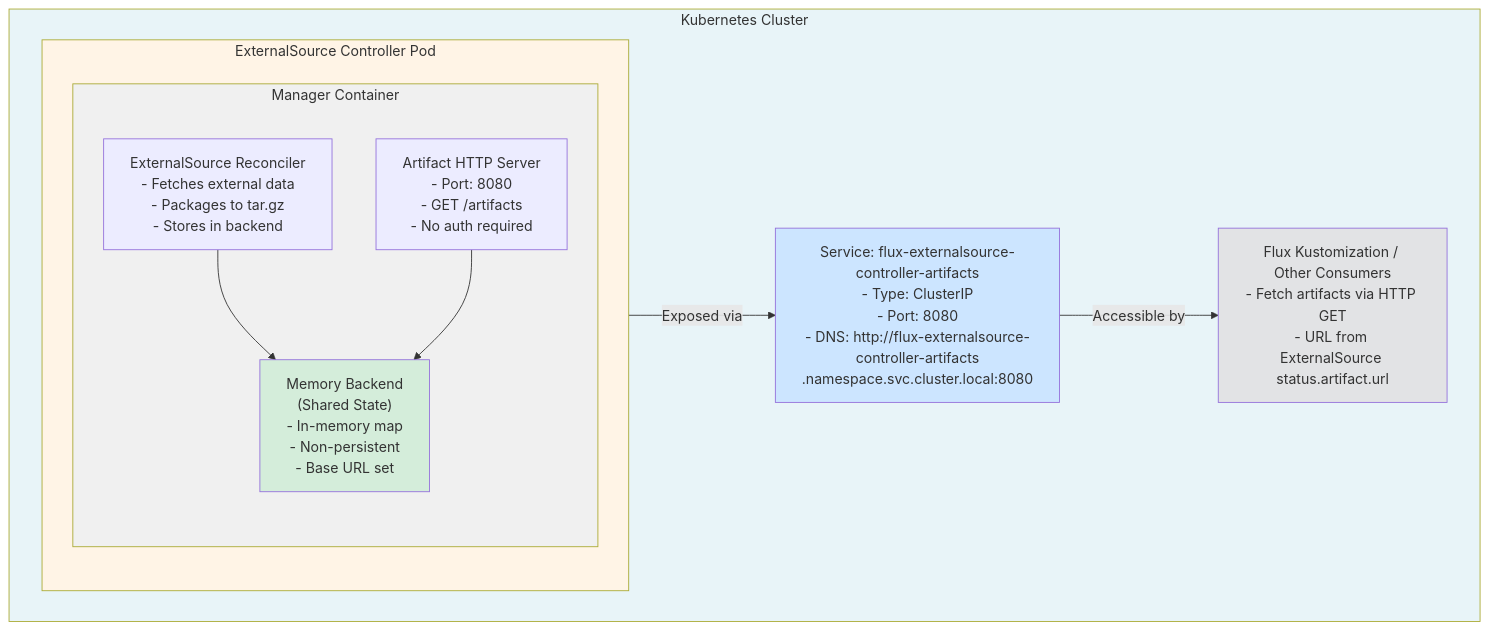
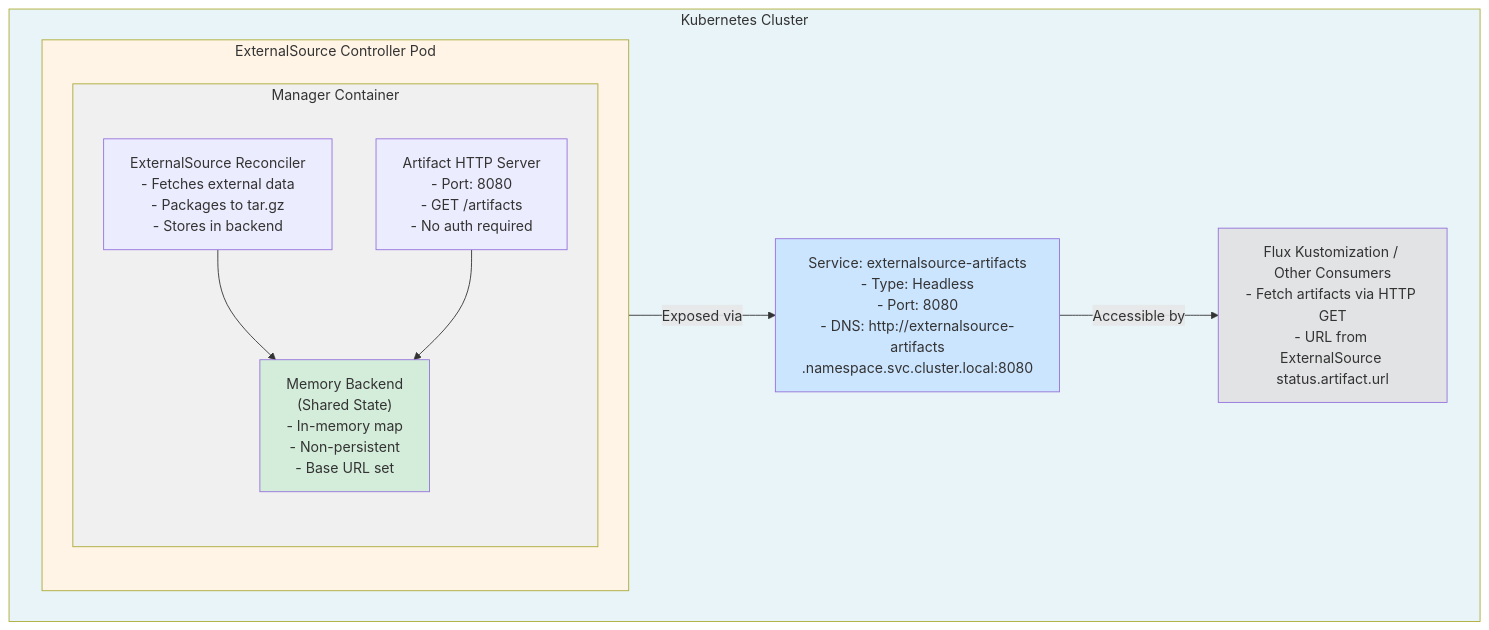
The first of 3 diagrams in docs/artifact-http-server.md (oddkinco/flux-externalsource-controller), drawn with Mermaid before and after one commit. The commit also changed other lines of this file and 21 other files, not shown here.

````diff
--- a/docs/artifact-http-server.md
+++ b/docs/artifact-http-server.md
@@ -19,28 +51,28 @@
 ```mermaid
 graph TB
     subgraph cluster["Kubernetes Cluster"]
         subgraph pod["ExternalSource Controller Pod"]
             subgraph container["Manager Container"]
                 reconciler["ExternalSource Reconciler<br/>- Fetches external data<br/>- Packages to tar.gz<br/>- Stores in backend"]
                 server["Artifact HTTP Server<br/>- Port: 8080<br/>- GET /artifacts<br/>- No auth required"]
                 reconciler --> backend
                 server --> backend
                 backend["Memory Backend<br/>(Shared State)<br/>- In-memory map<br/>- Non-persistent<br/>- Base URL set"]
             end
         end
         
-        service["Service: flux-externalsource-controller-artifacts<br/>- Type: ClusterIP<br/>- Port: 8080<br/>- DNS: http://flux-externalsource-controller-artifacts<br/>.namespace.svc.cluster.local:8080"]
+        service["Service: externalsource-artifacts<br/>- Type: Headless<br/>- Port: 8080<br/>- DNS: http://externalsource-artifacts<br/>.namespace.svc.cluster.local:8080"]
         
         consumers["Flux Kustomization / Other Consumers<br/>- Fetch artifacts via HTTP GET<br/>- URL from ExternalSource status.artifact.url"]
         
         pod -->|"Exposed via"| service
         service -->|"Accessible by"| consumers
     end
     
     style cluster fill:#e8f4f8
     style pod fill:#fff4e6
     style container fill:#f0f0f0
     style backend fill:#d4edda
     style service fill:#cce5ff
     style consumers fill:#e2e3e5
 ```
````
